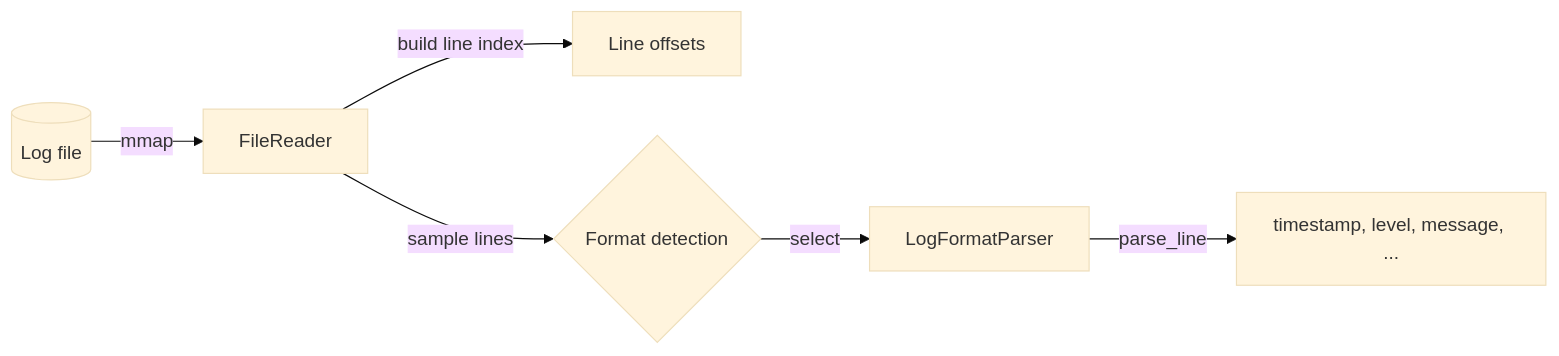
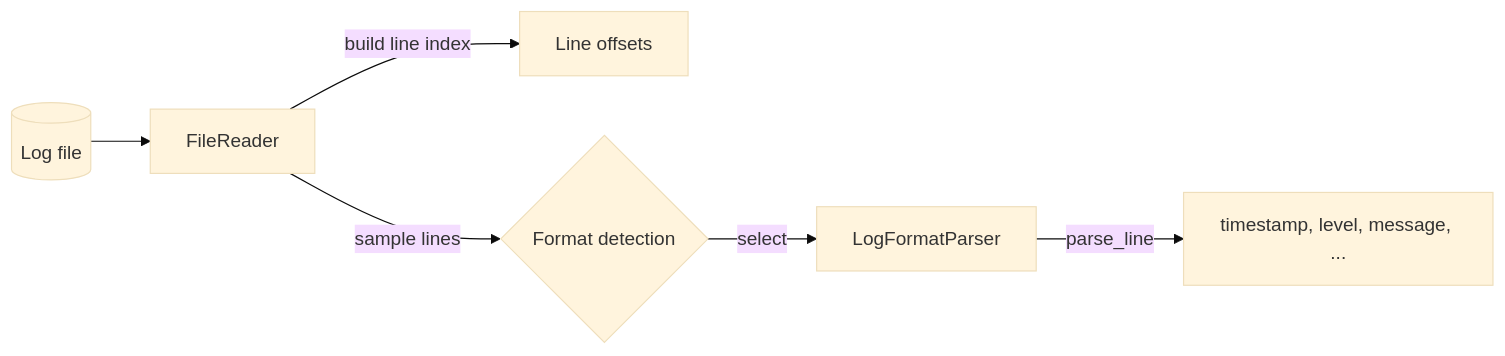
The fourth of 6 diagrams in ARCHITECTURE.md (pauloremoli/logana), drawn with Mermaid (base theme) before and after one commit. The commit also changed other lines of this file and 2 other files, not shown here.

Commit message:
remove references to mmap in documentation

````diff
--- a/ARCHITECTURE.md
+++ b/ARCHITECTURE.md
@@ -135,8 +135,8 @@
 ```mermaid
 flowchart LR
-    File[(Log file)] -->|mmap| FR[FileReader]
+    File[(Log file)] --> FR[FileReader]
     FR -->|build line index| Lines[Line offsets]
     FR -->|sample lines| Detect{Format detection}
     Detect -->|select| Parser[LogFormatParser]
     Parser -->|parse_line| Fields[timestamp, level, message, ...]
 ```
````
